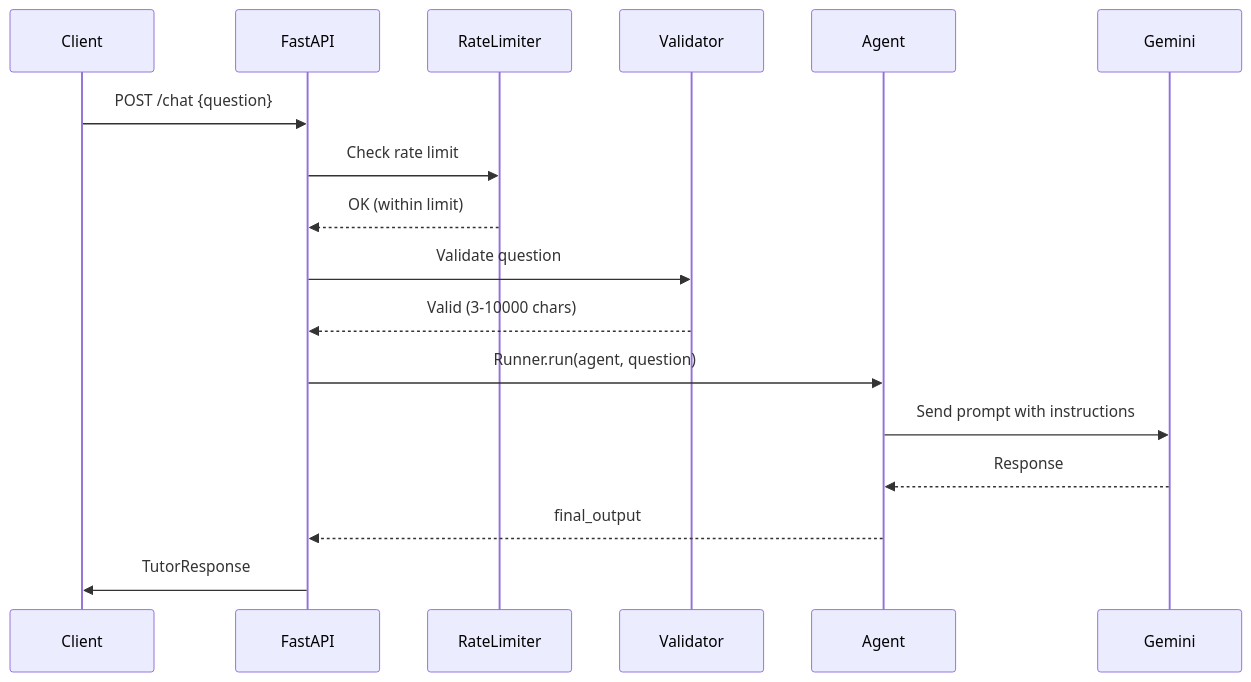
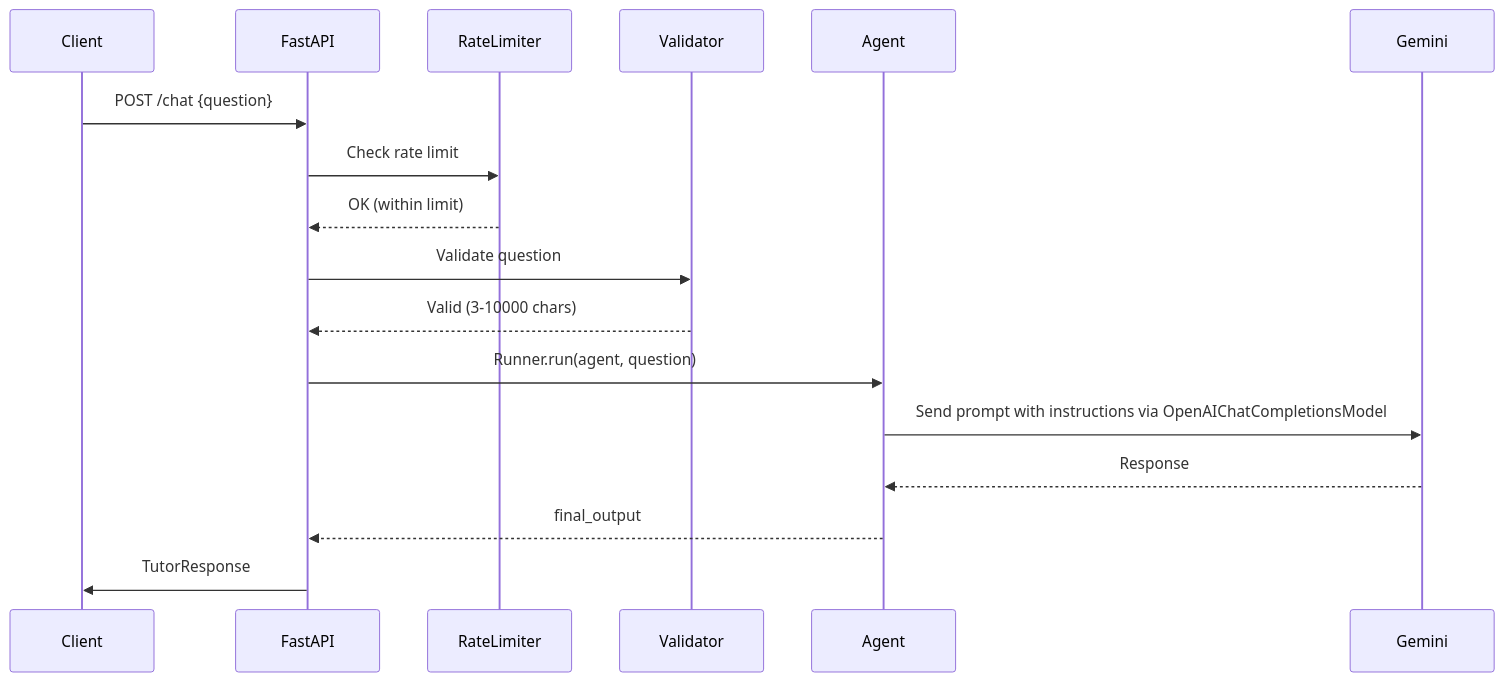
The second of 4 diagrams in specs/001-fastapi-chat-endpoint/data-model.md (hibasheikh90/speckit_book), drawn with Mermaid before and after one commit. The commit also changed other lines of this file and 126 other files, not shown here.

````diff
--- a/specs/001-fastapi-chat-endpoint/data-model.md
+++ b/specs/001-fastapi-chat-endpoint/data-model.md
@@ -354,20 +363,20 @@
 ```mermaid
 sequenceDiagram
     participant Client
     participant FastAPI
     participant RateLimiter
     participant Validator
     participant Agent
     participant Gemini
 
     Client->>FastAPI: POST /chat {question}
     FastAPI->>RateLimiter: Check rate limit
     RateLimiter-->>FastAPI: OK (within limit)
     FastAPI->>Validator: Validate question
     Validator-->>FastAPI: Valid (3-10000 chars)
     FastAPI->>Agent: Runner.run(agent, question)
-    Agent->>Gemini: Send prompt with instructions
+    Agent->>Gemini: Send prompt with instructions via OpenAIChatCompletionsModel
     Gemini-->>Agent: Response
     Agent-->>FastAPI: final_output
     FastAPI->>Client: TutorResponse
 ```
````
